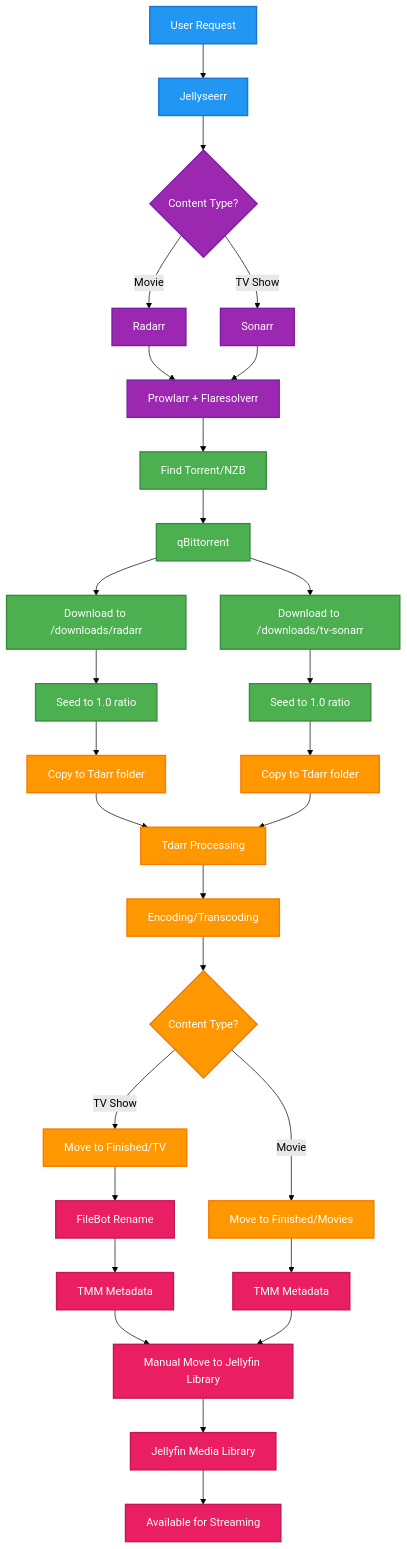
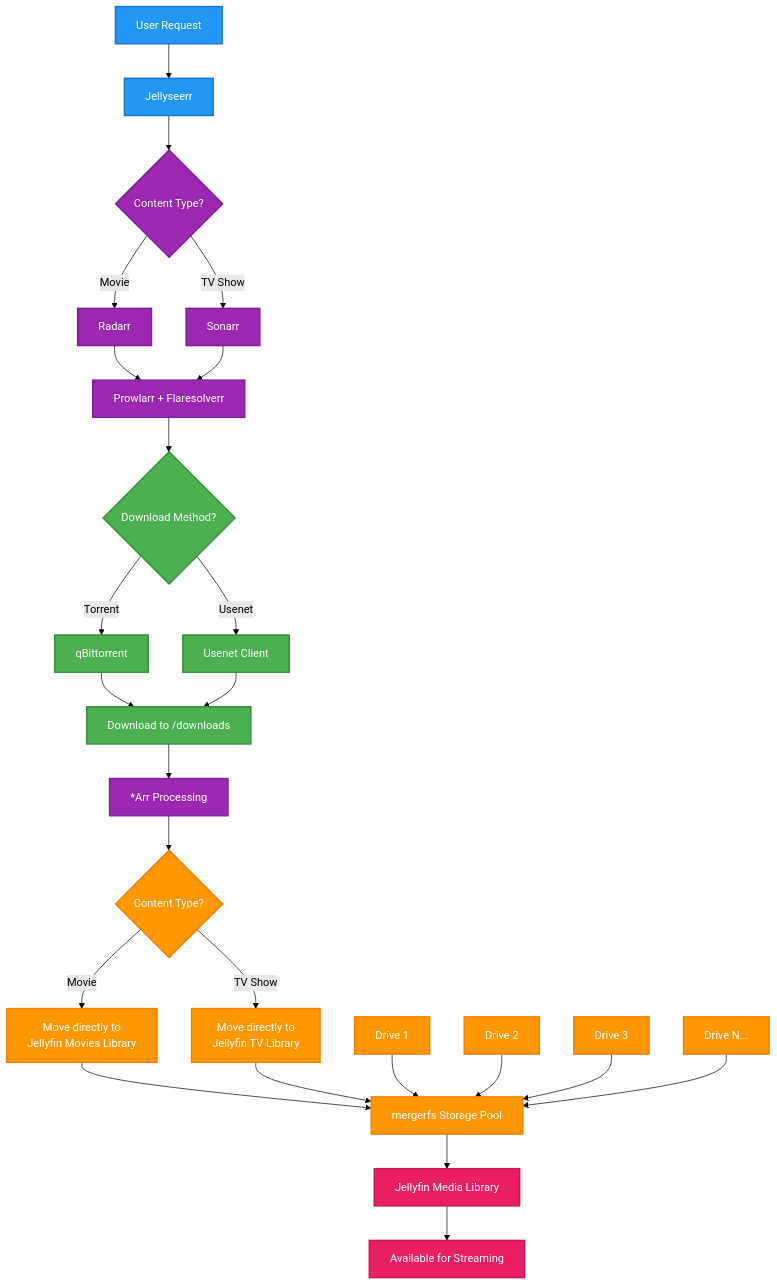
Before and after one commit to TrueBankai416/BankaiTechDocs: the diagram in docs/Examples/Arr Suite/Docs/01-Media Management Workflow.mdx, drawn with Mermaid (forest theme). The commit also changed other lines of this file and 2 other files, not shown here.

First line of the commit message:
Update media flow example to include Usenet and mergerfs integration

````diff
--- a/docs/Examples/Arr Suite/Docs/01-Media Management Workflow.mdx
+++ b/docs/Examples/Arr Suite/Docs/01-Media Management Workflow.mdx
@@ -19,55 +21,49 @@
 ```mermaid
 flowchart TD
     A[User Request] --> B[Jellyseerr]
     B --> C{Content Type?}
     
     C -->|Movie| D[Radarr]
     C -->|TV Show| E[Sonarr]
     
     D --> F[Prowlarr + Flaresolverr]
     E --> F
     
-    F --> G[Find Torrent/NZB]
-    G --> H[qBittorrent]
+    F --> G{Download Method?}
+    G -->|Torrent| H[qBittorrent]
+    G -->|Usenet| I[Usenet Client]
     
-    H --> I[Download to /downloads/radarr]
-    H --> J[Download to /downloads/tv-sonarr]
+    H --> J[Download to /downloads]
+    I --> J
     
-    I --> K[Seed to 1.0 ratio]
-    J --> L[Seed to 1.0 ratio]
+    J --> K[*Arr Processing]
+    K --> L{Content Type?}
     
-    K --> M[Copy to Tdarr folder]
-    L --> N[Copy to Tdarr folder]
+    L -->|Movie| M[Move directly to<br/>Jellyfin Movies Library]
+    L -->|TV Show| N[Move directly to<br/>Jellyfin TV Library]
     
-    M --> O[Tdarr Processing]
+    M --> O[mergerfs Storage Pool]
     N --> O
     
-    O --> P[Encoding/Transcoding]
-    P --> Q{Content Type?}
+    O --> P[Jellyfin Media Library]
+    P --> Q[Available for Streaming]
     
-    Q -->|Movie| R[Move to Finished/Movies]
-    Q -->|TV Show| S[Move to Finished/TV]
-    
-    S --> T[FileBot Rename]
-    T --> U[TMM Metadata]
-    R --> V[TMM Metadata]
-    
-    U --> W[Manual Move to Jellyfin Library]
-    V --> W
-    
-    W --> X[Jellyfin Media Library]
-    X --> Y[Available for Streaming]
+    %% Storage representation
+    R[Drive 1] --> O
+    S[Drive 2] --> O
+    T[Drive 3] --> O
+    U[Drive N...] --> O
     
     %% Styling with better contrast
     classDef requestFlow fill:#2196F3,stroke:#1976D2,stroke-width:2px,color:#fff
     classDef arrSuite fill:#9C27B0,stroke:#7B1FA2,stroke-width:2px,color:#fff
     classDef downloadFlow fill:#4CAF50,stroke:#388E3C,stroke-width:2px,color:#fff
-    classDef processFlow fill:#FF9800,stroke:#F57C00,stroke-width:2px,color:#fff
+    classDef storageFlow fill:#FF9800,stroke:#F57C00,stroke-width:2px,color:#fff
     classDef finalFlow fill:#E91E63,stroke:#C2185B,stroke-width:2px,color:#fff
     
     class A,B requestFlow
-    class C,D,E,F arrSuite
-    class G,H,I,J,K,L downloadFlow
-    class M,N,O,P,Q,R,S processFlow
-    class T,U,V,W,X,Y finalFlow
+    class C,D,E,F,K arrSuite
+    class G,H,I,J downloadFlow
+    class L,M,N,O,R,S,T,U storageFlow
+    class P,Q finalFlow
 ```
````
